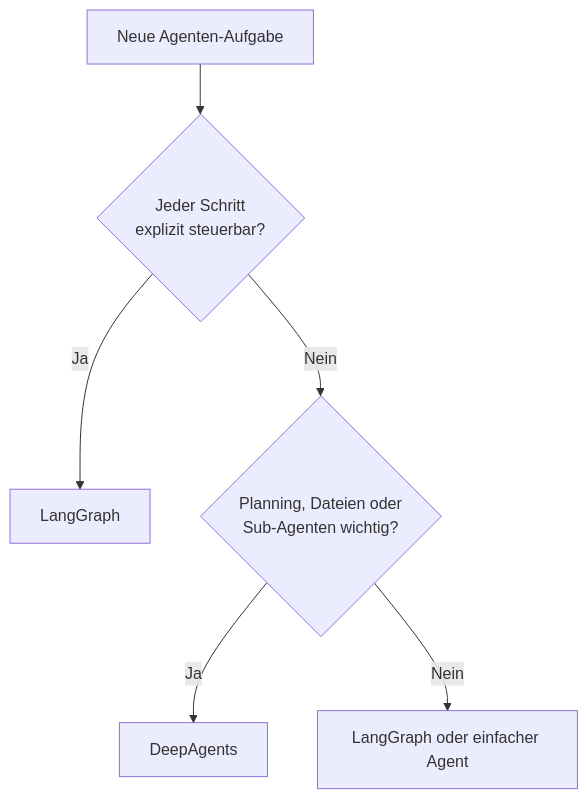
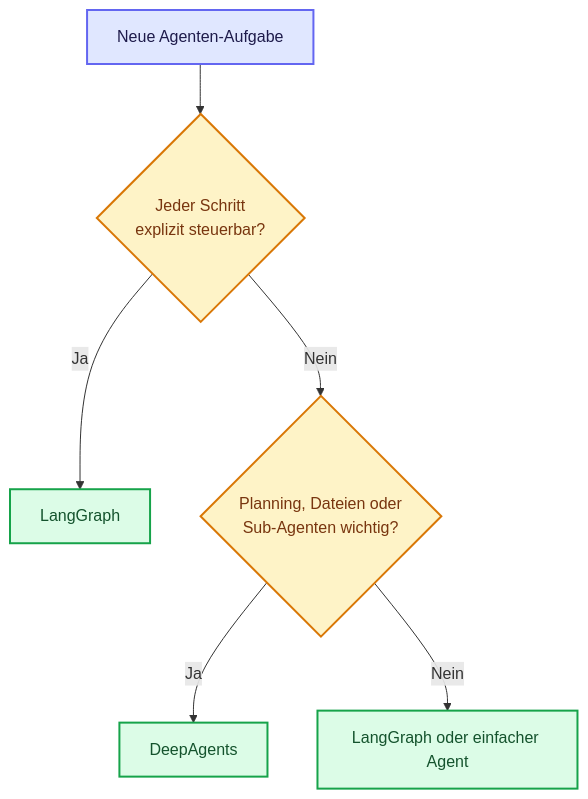
One commit to ralf-42/Agenten changed the second of 3 diagrams in docs/06-multi-agent-erweiterungen/einsteiger-deepagents.md. Above: the diagram before and after it, drawn with Mermaid. The commit also changed other lines of this file and 18 other files, not shown here.

````diff
--- a/docs/06-multi-agent-erweiterungen/einsteiger-deepagents.md
+++ b/docs/06-multi-agent-erweiterungen/einsteiger-deepagents.md
@@ -101,8 +112,17 @@
 ```mermaid
 flowchart TD
     A[Neue Agenten-Aufgabe] --> B{Jeder Schritt<br>explizit steuerbar?}
     B -->|Ja| C[LangGraph]
     B -->|Nein| D{Planning, Dateien oder<br>Sub-Agenten wichtig?}
     D -->|Ja| E[DeepAgents]
     D -->|Nein| F[LangGraph oder einfacher Agent]
+
+    classDef default fill:#e0f2fe,stroke:#0284c7,stroke-width:2px,color:#0c4a6e;
+    classDef input fill:#e0e7ff,stroke:#6366f1,stroke-width:2px,color:#1e1b4b;
+    classDef metric fill:#fef3c7,stroke:#d97706,stroke-width:2px,color:#78350f;
+    classDef output fill:#dcfce7,stroke:#16a34a,stroke-width:2px,color:#14532d;
+
+    class A input;
+    class B,D metric;
+    class C,E,F output;
 ```
````
